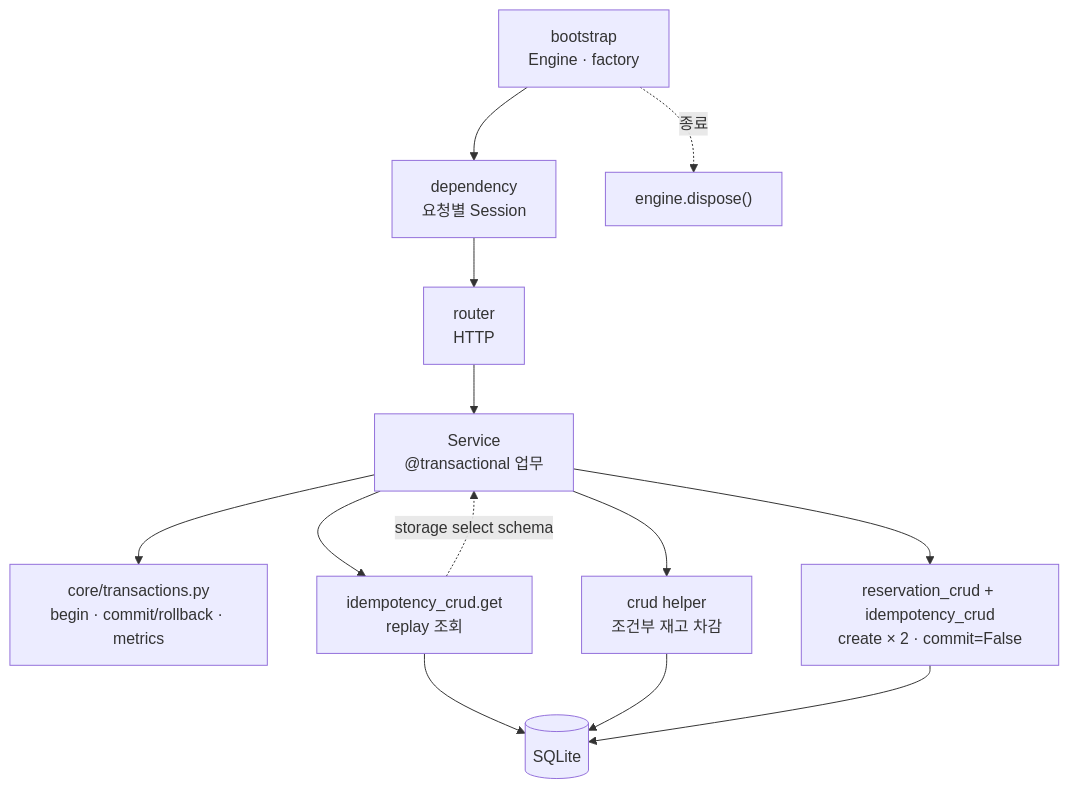
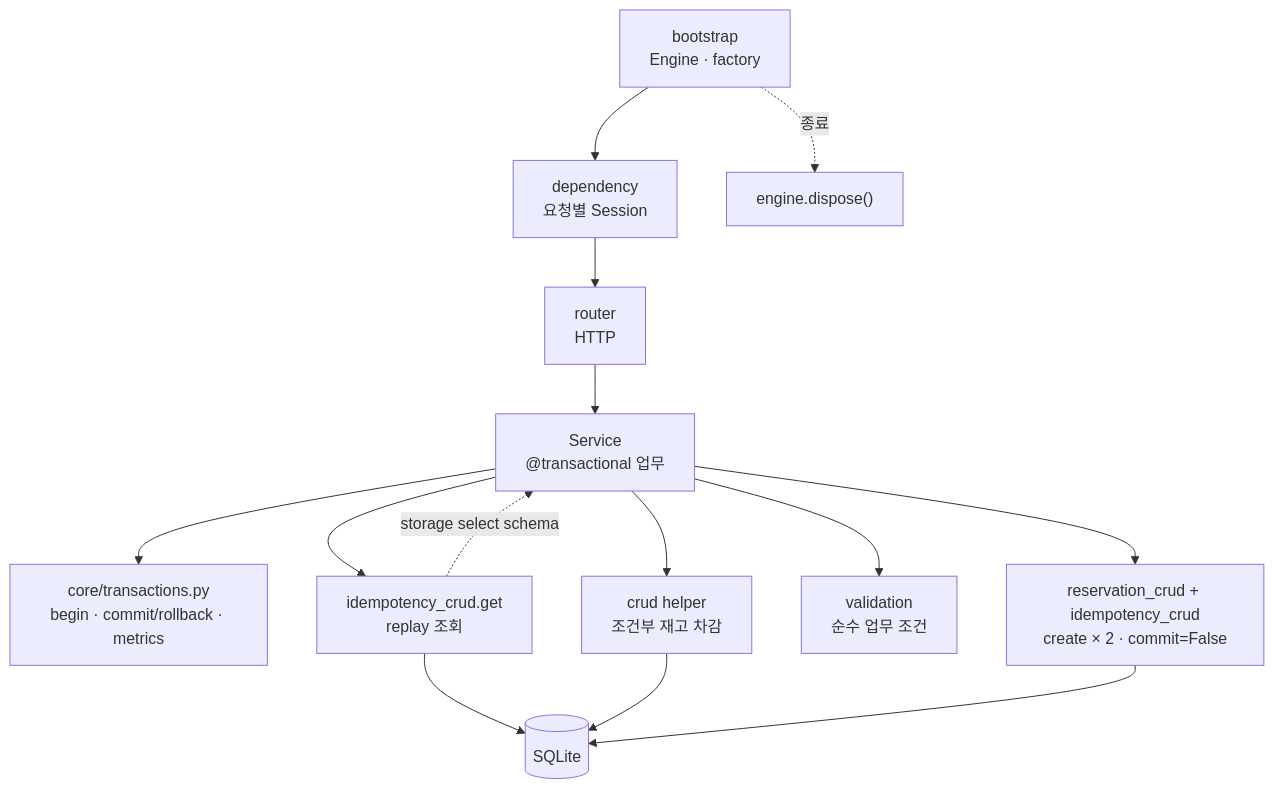
Before and after one commit to Dae-Jeong/BackendTemplate: the second of 2 diagrams in design/implementations/fastapi-fastcrud.md, drawn with Mermaid. The commit also changed other lines of this file and 5 other files, not shown here.

````diff
--- a/design/implementations/fastapi-fastcrud.md
+++ b/design/implementations/fastapi-fastcrud.md
@@ -103,15 +104,16 @@
 ```mermaid
 flowchart TD
     BOOT["bootstrap<br/>Engine · factory"] --> DEP["dependency<br/>요청별 Session"]
     DEP --> ROUTER["router<br/>HTTP"]
     ROUTER --> SERVICE["Service<br/>@transactional 업무"]
     SERVICE --> BOUNDARY["core/transactions.py<br/>begin · commit/rollback · metrics"]
     SERVICE --> REPLAY["idempotency_crud.get<br/>replay 조회"]
     SERVICE --> STOCK["crud helper<br/>조건부 재고 차감"]
+    SERVICE --> VALIDATION["validation<br/>순수 업무 조건"]
     SERVICE --> SAVE["reservation_crud + idempotency_crud<br/>create × 2 · commit=False"]
     REPLAY --> DB[("SQLite")]
     STOCK --> DB
     SAVE --> DB
     REPLAY -. "storage select schema" .-> SERVICE
     BOOT -. "종료" .-> DISPOSE["engine.dispose()"]
 ```
````
